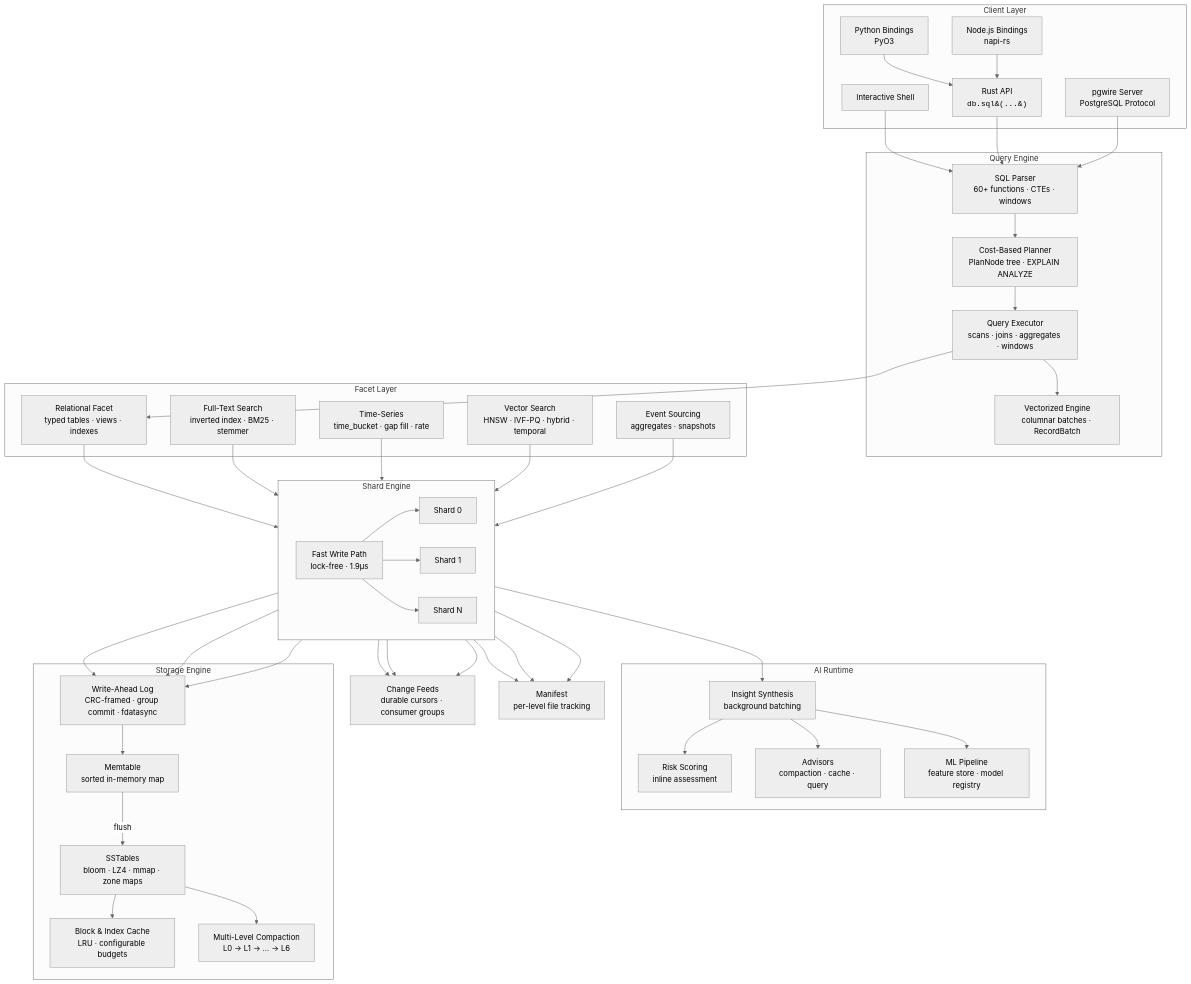
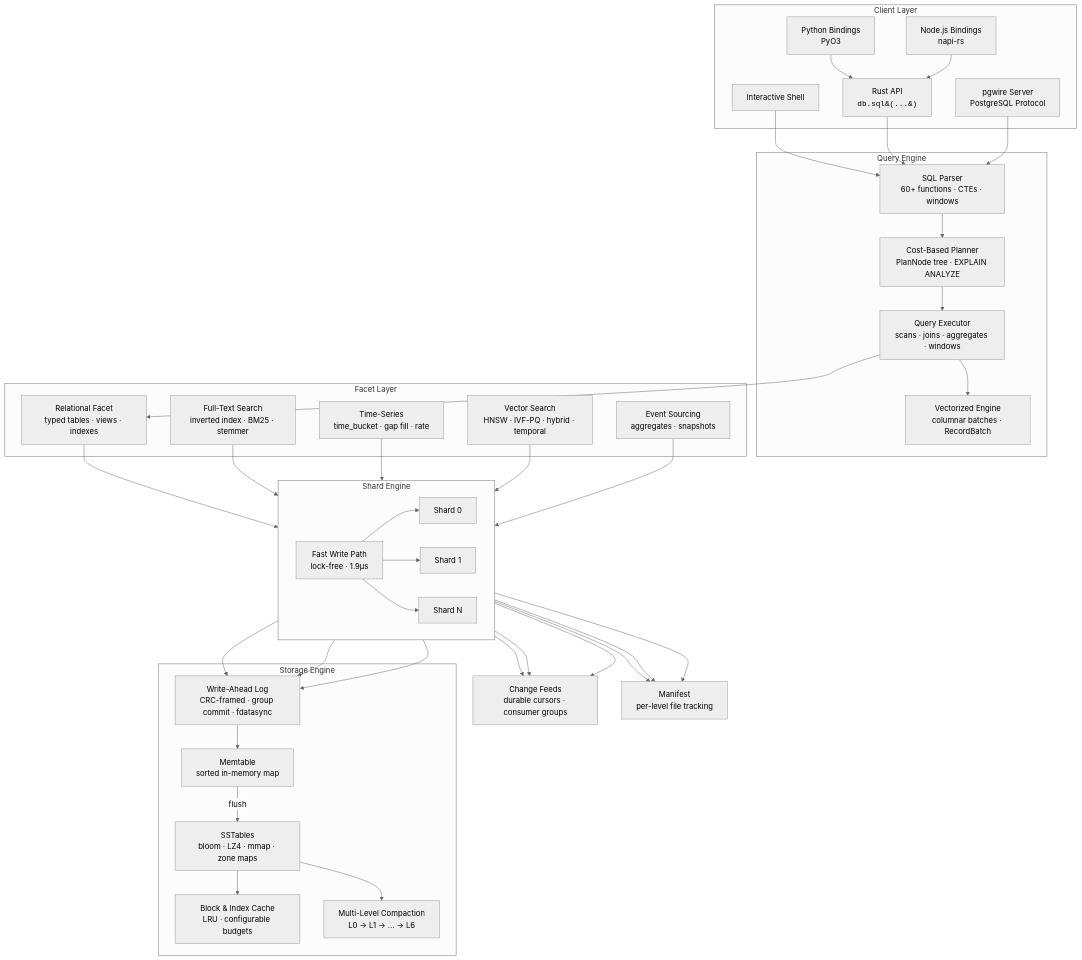
The diagram in README.md (spectra-db/SpectraDB), drawn with Mermaid (neutral theme) before and after one commit. The commit also changed other lines of this file and 70 other files, not shown here.

```diff
--- a/README.md
+++ b/README.md
@@ -358,13 +284,6 @@
 
     CF[Change Feeds<br/>durable cursors · consumer groups]
 
-    subgraph AI Runtime
-        INS[Insight Synthesis<br/>background batching]
-        RISK[Risk Scoring<br/>inline assessment]
-        ADV[Advisors<br/>compaction · cache · query]
-        ML[ML Pipeline<br/>feature store · model registry]
-    end
-
     subgraph Storage Engine
         WAL[Write-Ahead Log<br/>CRC-framed · group commit · fdatasync]
         MT[Memtable<br/>sorted in-memory map]
@@ -395,10 +314,6 @@
     S0 --> CF
     S1 --> CF
     SN --> CF
-    S0 --> INS
-    INS --> RISK
-    INS --> ADV
-    INS --> ML
     S0 --> WAL
     S1 --> WAL
     SN --> WAL
```
